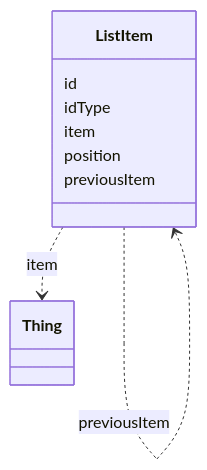
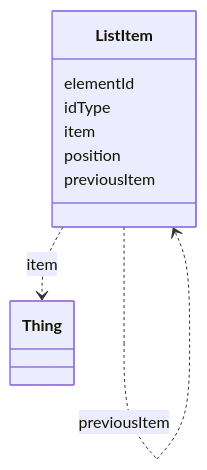
The diagram in item-list/ListItem.md (INCATools/ontology-access-kit), drawn with Mermaid before and after one commit. The commit also changed other lines of this file and 57 other files, not shown here.

````diff
--- a/item-list/ListItem.md
+++ b/item-list/ListItem.md
@@ -11,19 +11,19 @@
 ```{mermaid}
  classDiagram
     class ListItem
-      ListItem : id
+      ListItem : elementId
         
       ListItem : idType
         
       ListItem : item
         
           ListItem ..> Thing : item
         
       ListItem : position
         
       ListItem : previousItem
         
           ListItem ..> ListItem : previousItem
         
       
 ```
````
